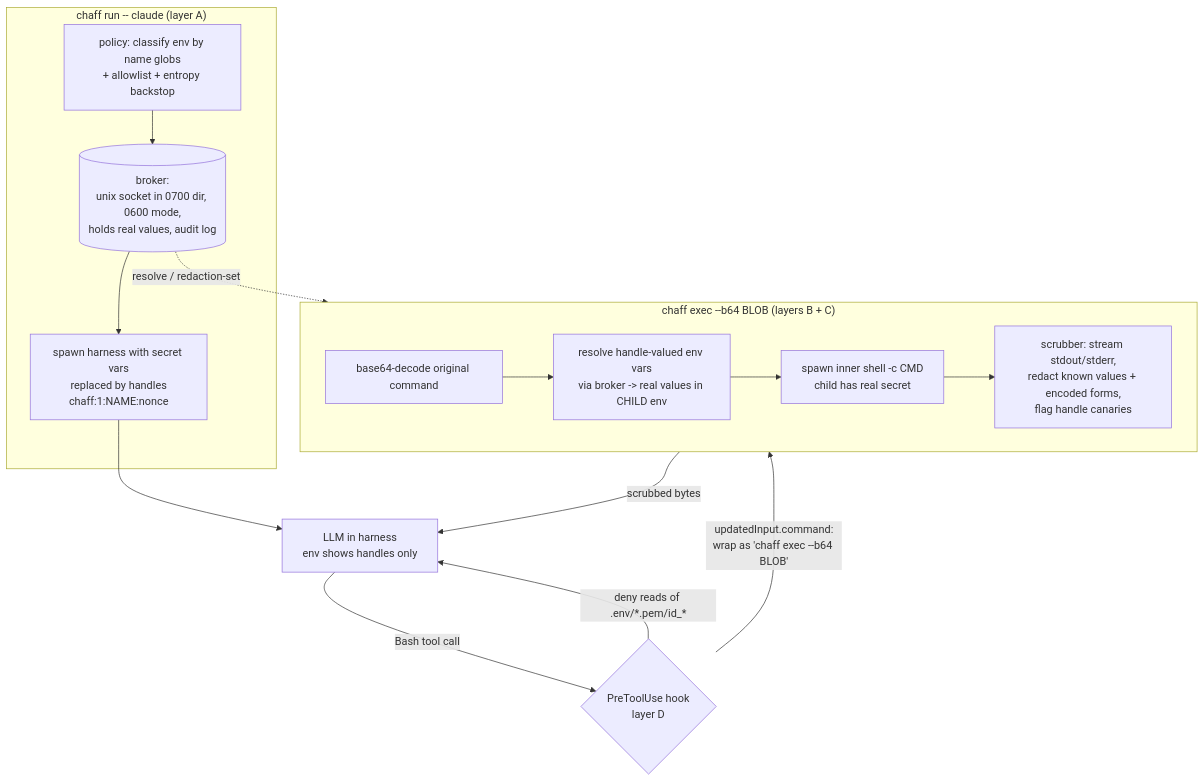
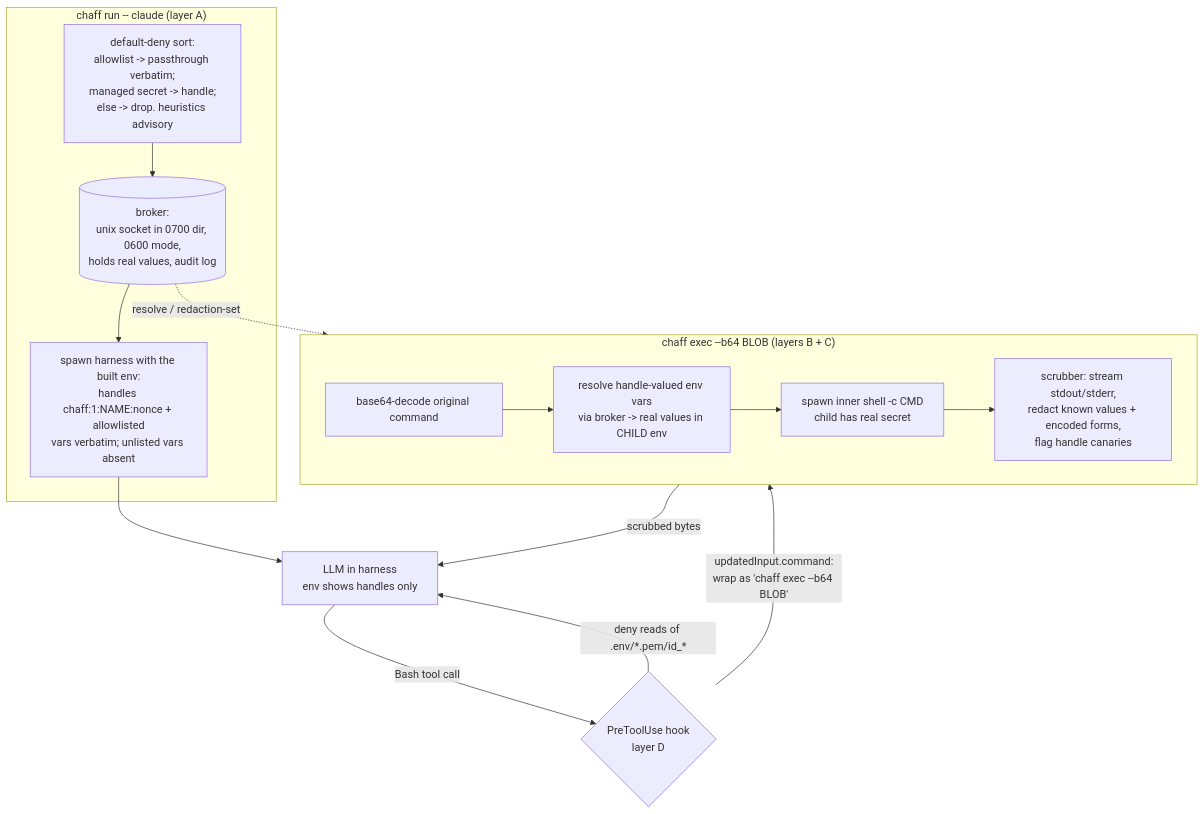
One commit to rickbassham/chaff changed the diagram in PLAN.md. Above: the diagram before and after it, drawn with Mermaid. The commit also changed other lines of this file and 4 other files, not shown here.

First line of the commit message:
feat: default-deny harness env — allowlist passthrough + drop unknowns (DAR-1139) (#9)

````diff
--- a/PLAN.md
+++ b/PLAN.md
@@ -55,25 +57,25 @@
 ```mermaid
 flowchart TD
     subgraph launch["chaff run -- claude  (layer A)"]
-      P[policy: classify env by name globs<br/>+ allowlist + entropy backstop]
+      P[default-deny sort:<br/>allowlist -&gt; passthrough verbatim;<br/>managed secret -&gt; handle;<br/>else -&gt; drop. heuristics advisory]
       B[(broker:<br/>unix socket in 0700 dir, 0600 mode,<br/>holds real values, audit log)]
-      H[spawn harness with secret vars<br/>replaced by handles<br/>chaff:1:NAME:nonce]
+      H[spawn harness with the built env:<br/>handles chaff:1:NAME:nonce + allowlisted<br/>vars verbatim; unlisted vars absent]
       P --> B --> H
     end
 
     H --> LLM[LLM in harness<br/>env shows handles only]
     LLM -->|Bash tool call| HOOK{PreToolUse hook<br/>layer D}
     HOOK -->|updatedInput.command:<br/>wrap as 'chaff exec --b64 BLOB'| EXEC
 
     subgraph EXEC["chaff exec --b64 BLOB  (layers B + C)"]
       DEC[base64-decode original command]
       RES[resolve handle-valued env vars<br/>via broker -> real values in CHILD env]
       CH[spawn inner shell -c CMD<br/>child has real secret]
       SCR[scrubber: stream stdout/stderr,<br/>redact known values + encoded forms,<br/>flag handle canaries]
       DEC --> RES --> CH --> SCR
     end
 
     EXEC -->|scrubbed bytes| LLM
     B -. resolve / redaction-set .-> EXEC
     HOOK -->|deny reads of .env/*.pem/id_*| LLM
 ```
````
